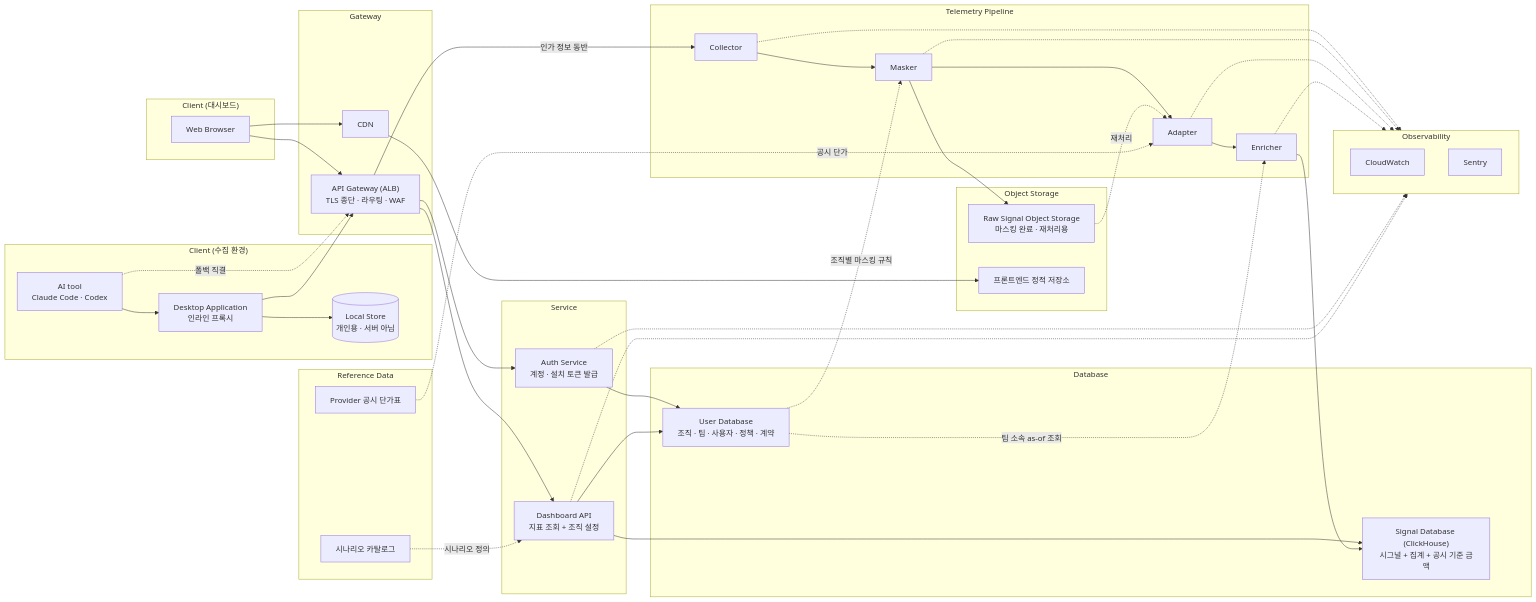
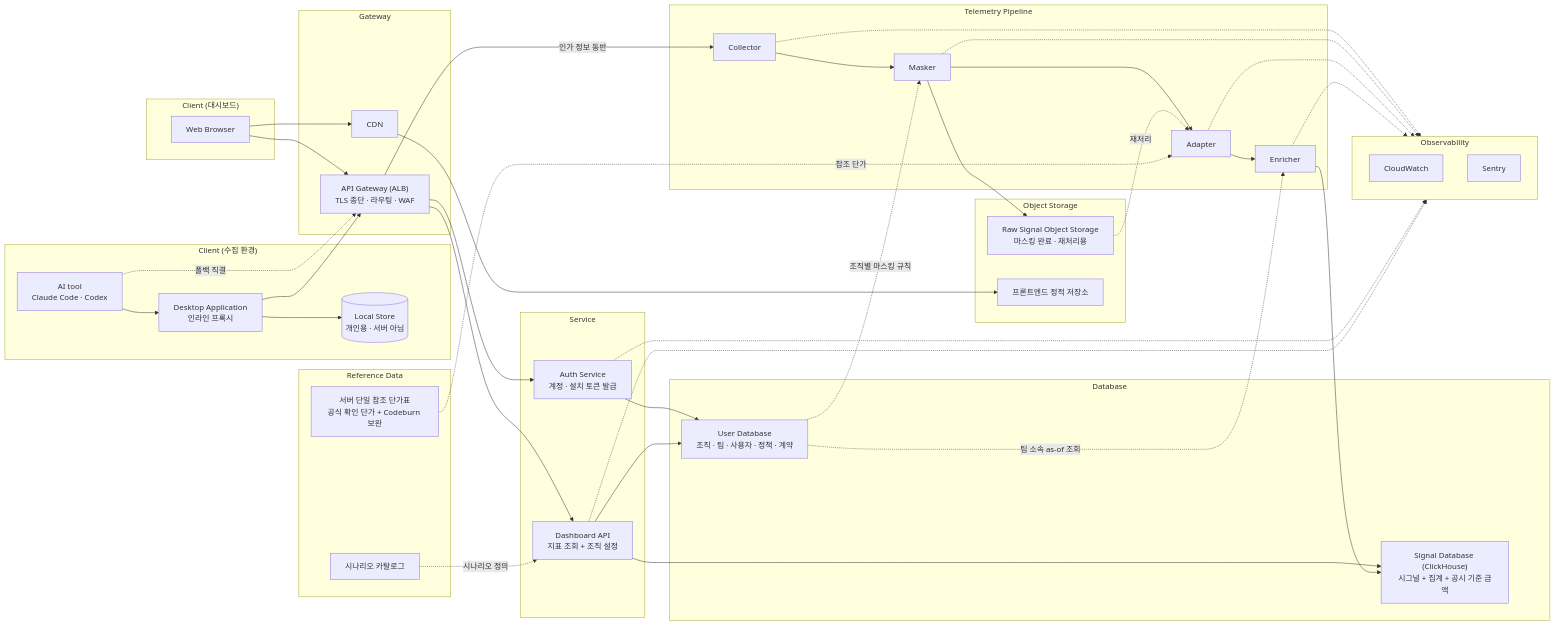
One commit to soma-376/docs changed the diagram in architecture/overview.md. Above: the diagram before and after it, drawn with Mermaid. The commit also changed other lines of this file and 7 other files, not shown here.

````diff
--- a/architecture/overview.md
+++ b/architecture/overview.md
@@ -21,71 +21,71 @@
 ```mermaid
 flowchart LR
   subgraph C1["Client (수집 환경)"]
     AITOOL["AI tool<br>Claude Code · Codex"]
     DESKTOP["Desktop Application<br>인라인 프록시"]
     LOCAL[("Local Store<br>개인용 · 서버 아님")]
   end
   subgraph C2["Client (대시보드)"]
     WEB["Web Browser"]
   end
   subgraph GW["Gateway"]
     APIGW["API Gateway (ALB)<br>TLS 종단 · 라우팅 · WAF"]
     CDN["CDN"]
   end
   subgraph SVC["Service"]
     AUTH["Auth Service<br>계정 · 설치 토큰 발급"]
     DASH["Dashboard API<br>지표 조회 + 조직 설정"]
   end
   subgraph PIPE["Telemetry Pipeline"]
     COL["Collector"]
     MASK["Masker"]
     ADP["Adapter"]
     ENR["Enricher"]
   end
   subgraph DB["Database"]
     USERDB["User Database<br>조직 · 팀 · 사용자 · 정책 · 계약"]
     SIGDB["Signal Database (ClickHouse)<br>시그널 + 집계 + 공시 기준 금액"]
   end
   subgraph OBJ["Object Storage"]
     RAW["Raw Signal Object Storage<br>마스킹 완료 · 재처리용"]
     STATIC["프론트엔드 정적 저장소"]
   end
   subgraph REF["Reference Data"]
-    PRICE["Provider 공시 단가표"]
+    PRICE["서버 단일 참조 단가표<br>공식 확인 단가 + Codeburn 보완"]
     SCEN["시나리오 카탈로그"]
   end
   subgraph OBS["Observability"]
     CWL["CloudWatch"]
     SEN["Sentry"]
   end
 
   AITOOL --> DESKTOP
   DESKTOP --> LOCAL
   AITOOL -. "폴백 직결" .-> APIGW
   DESKTOP --> APIGW
   WEB --> APIGW
   WEB --> CDN
   CDN --> STATIC
   APIGW --> AUTH
   APIGW --> DASH
   APIGW -- "인가 정보 동반" --> COL
   AUTH --> USERDB
   DASH --> USERDB
   DASH --> SIGDB
   COL --> MASK
   MASK --> ADP
   MASK --> RAW
   ADP --> ENR
   ENR --> SIGDB
   USERDB -. "조직별 마스킹 규칙" .-> MASK
   USERDB -. "팀 소속 as-of 조회" .-> ENR
   RAW -. "재처리" .-> ADP
-  PRICE -. "공시 단가" .-> ADP
+  PRICE -. "참조 단가" .-> ADP
   SCEN -. "시나리오 정의" .-> DASH
   COL -.-> OBS
   MASK -.-> OBS
   ADP -.-> OBS
   ENR -.-> OBS
   AUTH -.-> OBS
   DASH -.-> OBS
 ```
````
